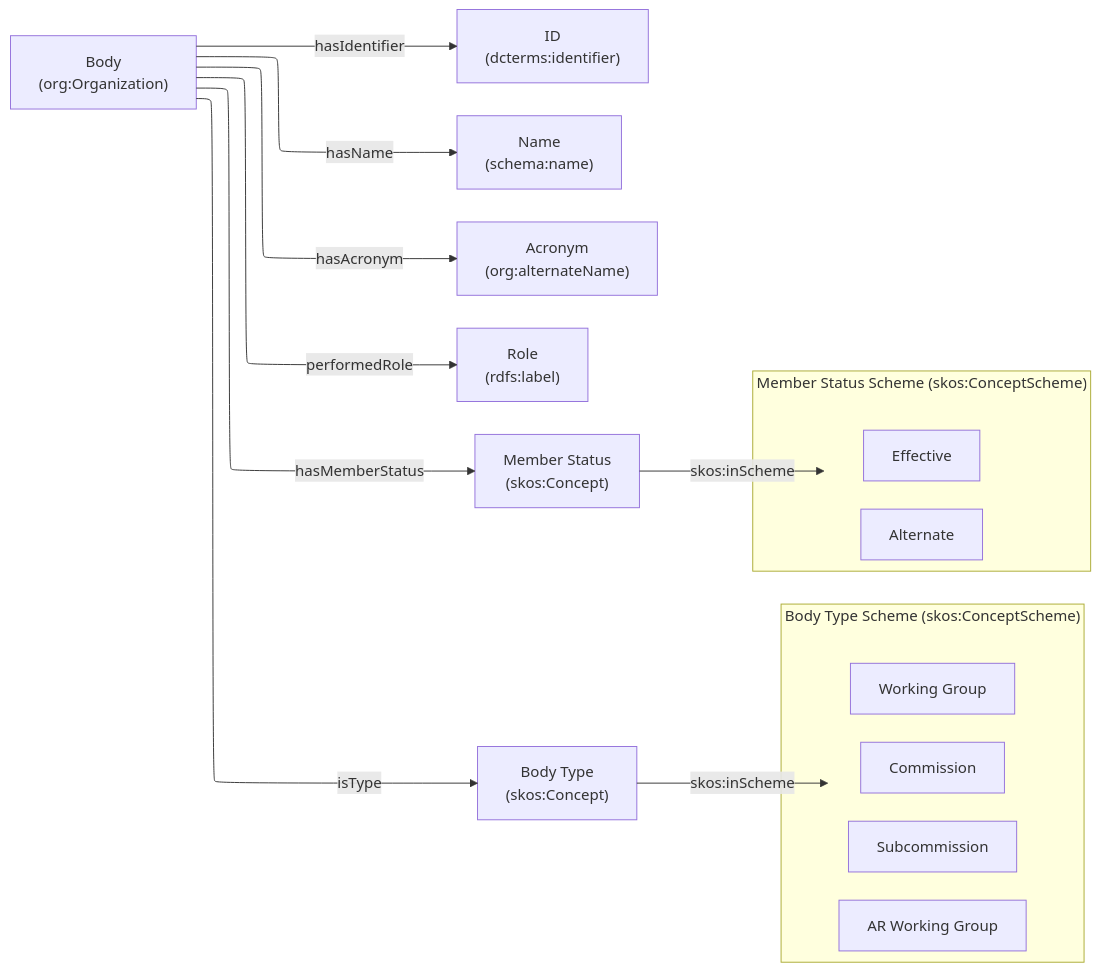
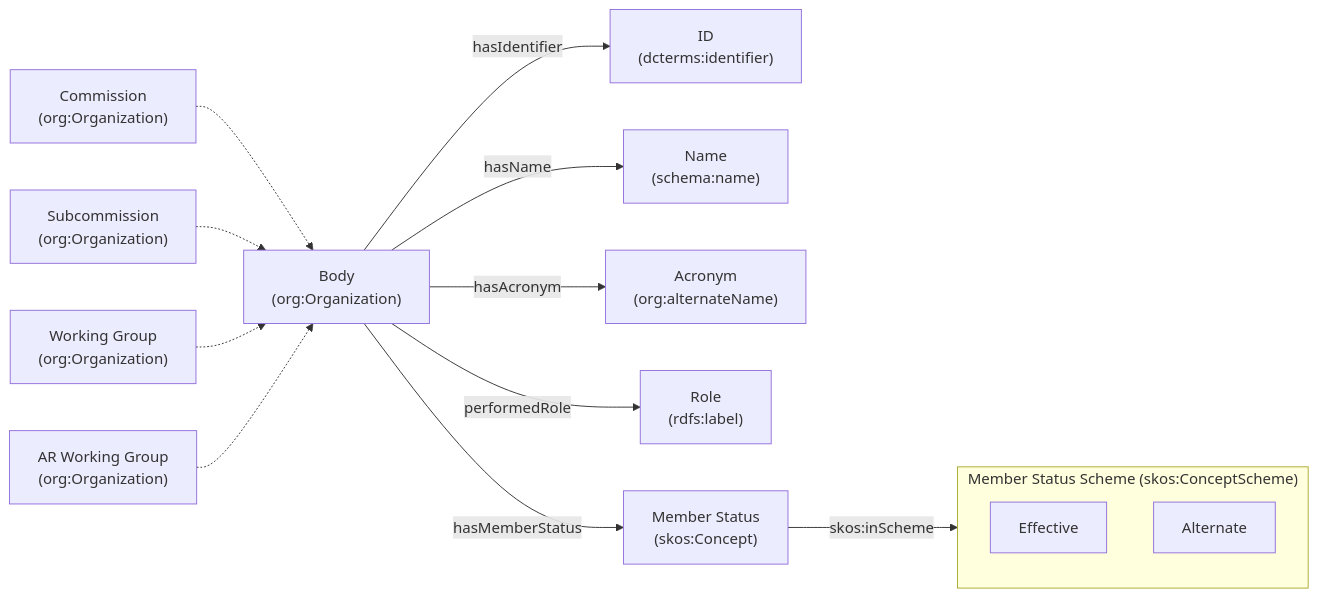
The diagram in docs/registobiografico/diagrams/body.mermaid (Kaankzlyar/orwell-generalized), drawn with Mermaid before and after one commit.

Commit message:
changed bodies to subclasses instead of skos concept

```diff
--- a/docs/registobiografico/diagrams/body.mermaid
+++ b/docs/registobiografico/diagrams/body.mermaid
@@ -1,27 +1,22 @@
 ---
 config:
-  layout: elk
+layout: elk
 ---
 flowchart LR
 Bodies["Body<br>(org:Organization)"] -- hasIdentifier --> bid["ID<br>(dcterms:identifier)"]
 Bodies -- hasName --> bname["Name<br>(schema:name)"]
 Bodies -- hasAcronym --> bacr["Acronym<br>(org:alternateName)"]
 Bodies -- performedRole --> bcap["Role<br>(rdfs:label)"]
 Bodies -- hasMemberStatus --> bmstat["Member Status<br>(skos:Concept)"]
-Bodies -- isType --> btype["Body Type<br>(skos:Concept)"]
 
-btype -->|"skos:inScheme"| btypeEnum
-
-subgraph btypeEnum["Body Type Scheme (skos:ConceptScheme)"]
-    bt1["Commission"]
-    bt2["Subcommission"]
-    bt3["Working Group"]
-    bt4["AR Working Group"]
-end
+Commission["Commission<br>(org:Organization)"] -.-> Bodies
+Subcommission["Subcommission<br>(org:Organization)"] -.-> Bodies
+WorkingGroup["Working Group<br>(org:Organization)"] -.-> Bodies
+ARWorkingGroup["AR Working Group<br>(org:Organization)"] -.-> Bodies
 
 bmstat -->|"skos:inScheme"| bmstatEnum
 
 subgraph bmstatEnum["Member Status Scheme (skos:ConceptScheme)"]
     ms1["Effective"]
     ms2["Alternate"]
 end
```
